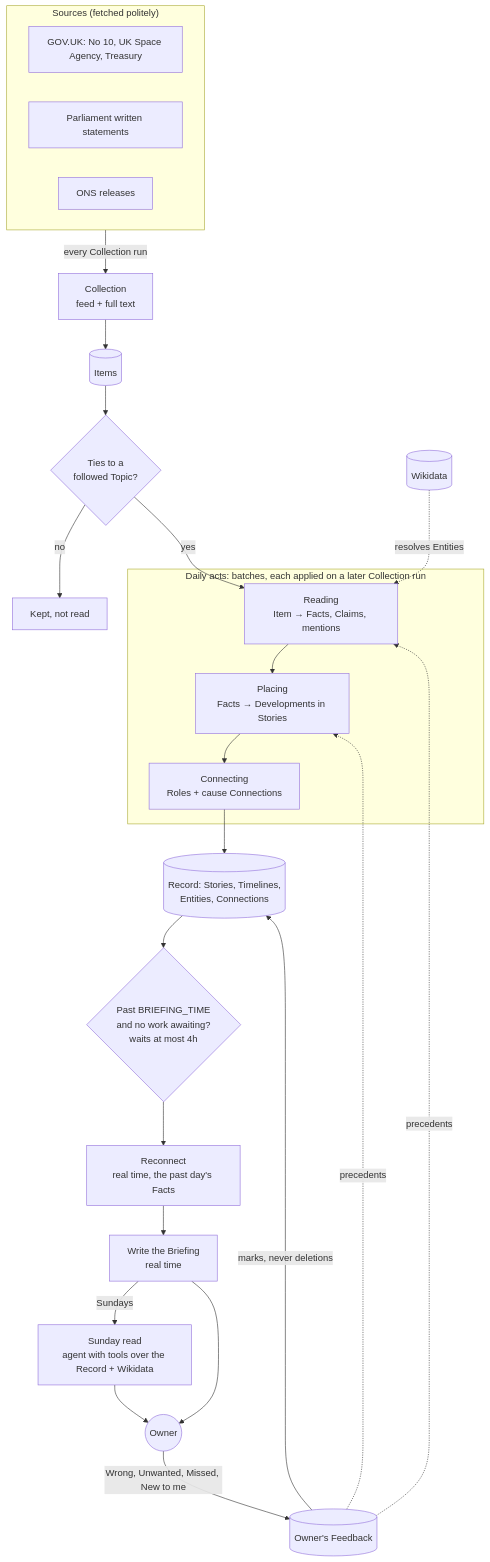
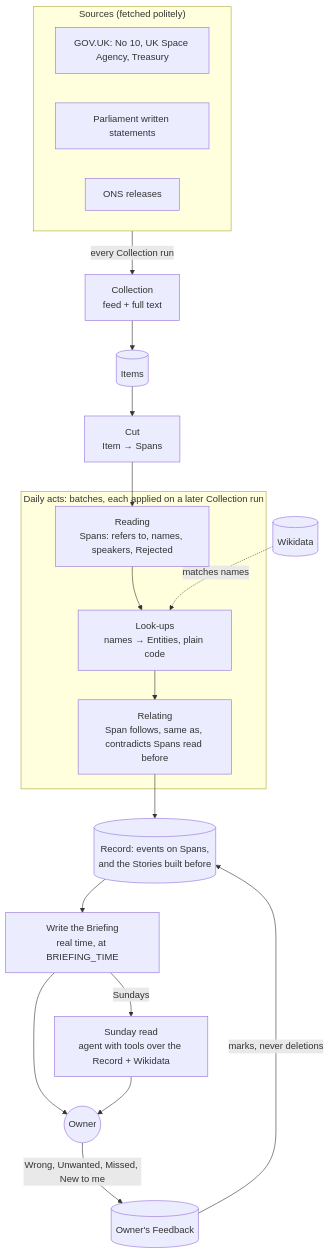
Before and after one commit to samthorold/go-slow: the diagram in README.md, drawn with Mermaid. The commit also changed other lines of this file and 225 other files, not shown here.

First line of the commit message:
Relating a Span: follows, same as and contradicts, with a Span page (#234)

````diff
--- a/README.md
+++ b/README.md
@@ -13,37 +13,33 @@
 ```mermaid
 flowchart TD
     subgraph Sources["Sources (fetched politely)"]
         GOV[GOV.UK: No 10, UK Space Agency, Treasury]
         PARL[Parliament written statements]
         ONS[ONS releases]
     end
 
     Sources -->|every Collection run| COLLECT[Collection<br/>feed + full text]
     COLLECT --> ITEMS[(Items)]
-    ITEMS --> TOPIC{Ties to a<br/>followed Topic?}
-    TOPIC -->|no| IDLE[Kept, not read]
-    TOPIC -->|yes| READ
+    ITEMS --> CUT[Cut<br/>Item → Spans]
+    CUT --> READ
 
     subgraph Batches["Daily acts: batches, each applied on a later Collection run"]
-        READ[Reading<br/>Item → Facts, Claims, mentions]
-        PLACE[Placing<br/>Facts → Developments in Stories]
-        CONNECT[Connecting<br/>Roles + cause Connections]
-        READ --> PLACE --> CONNECT
+        READ[Reading<br/>Spans: refers to, names, speakers, Rejected]
+        LOOKUP[Look-ups<br/>names → Entities, plain code]
+        RELATE[Relating<br/>Span follows, same as, contradicts Spans read before]
+        READ --> LOOKUP --> RELATE
     end
 
-    WD[(Wikidata)] -.->|resolves Entities| READ
-    FB[(Owner's Feedback)] -.->|precedents| READ
-    FB -.->|precedents| PLACE
+    WD[(Wikidata)] -.->|matches names| LOOKUP
+    FB[(Owner's Feedback)]
 
-    CONNECT --> RECORD[(Record: Stories, Timelines,<br/>Entities, Connections)]
+    RELATE --> RECORD[(Record: events on Spans,<br/>and the Stories built before)]
 
-    RECORD --> WAIT{Past BRIEFING_TIME<br/>and no work awaiting?<br/>waits at most 4h}
-    WAIT --> RECON[Reconnect<br/>real time, the past day's Facts]
-    RECON --> BRIEF[Write the Briefing<br/>real time]
+    RECORD --> BRIEF[Write the Briefing<br/>real time, at BRIEFING_TIME]
     BRIEF -->|Sundays| SUNDAY[Sunday read<br/>agent with tools over the Record + Wikidata]
 
     BRIEF --> OWNER((Owner))
     SUNDAY --> OWNER
     OWNER -->|Wrong, Unwanted, Missed, New to me| FB
     FB -->|marks, never deletions| RECORD
 ```
````
